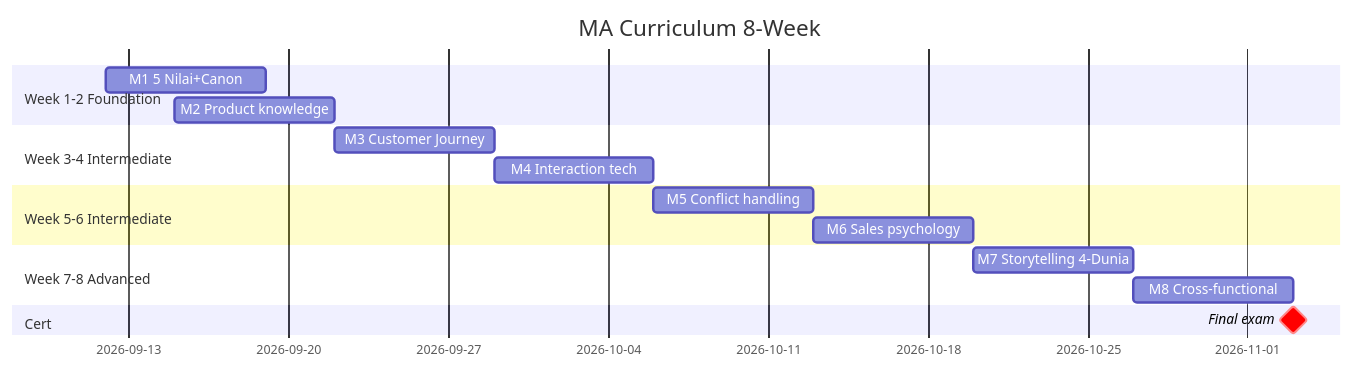
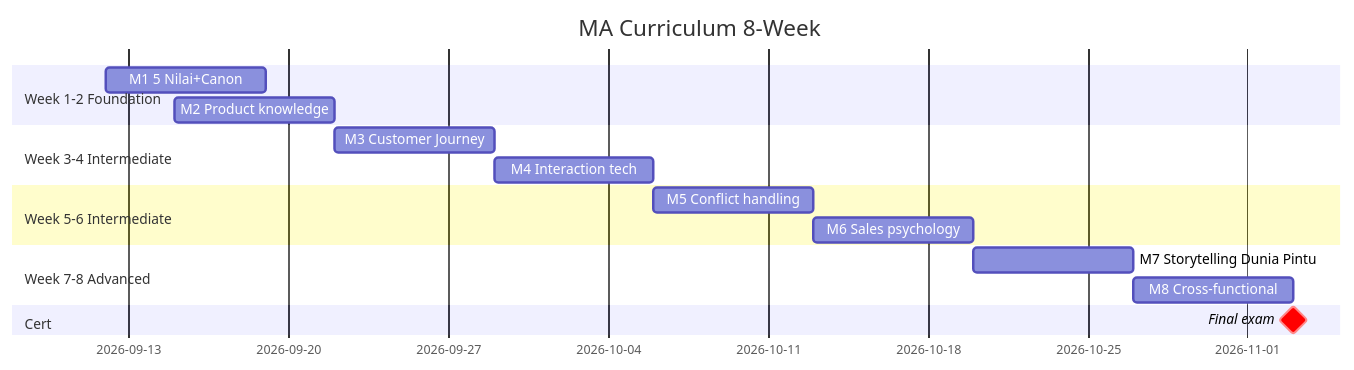
One commit to MahewAi/Mahew changed the diagram in librechat-deploy/skills/coo/training-curriculum.md. Above: the diagram before and after it, drawn with Mermaid. The commit also changed other lines of this file and 80 other files, not shown here.

````diff
--- a/librechat-deploy/skills/coo/training-curriculum.md
+++ b/librechat-deploy/skills/coo/training-curriculum.md
@@ -218,19 +218,19 @@
 ```mermaid
 gantt
     title MA Curriculum 8-Week
     dateFormat YYYY-MM-DD
     section Week 1-2 Foundation
     M1 5 Nilai+Canon :2026-09-12, 7d
     M2 Product knowledge :2026-09-15, 7d
     section Week 3-4 Intermediate
     M3 Customer Journey :2026-09-22, 7d
     M4 Interaction tech :2026-09-29, 7d
     section Week 5-6 Intermediate
     M5 Conflict handling :2026-10-06, 7d
     M6 Sales psychology :2026-10-13, 7d
     section Week 7-8 Advanced
-    M7 Storytelling 4-Dunia :2026-10-20, 7d
+    M7 Storytelling Dunia Pintu :2026-10-20, 7d
     M8 Cross-functional :2026-10-27, 7d
     section Cert
     Final exam :crit, milestone, 2026-11-03, 0d
 ```
````
